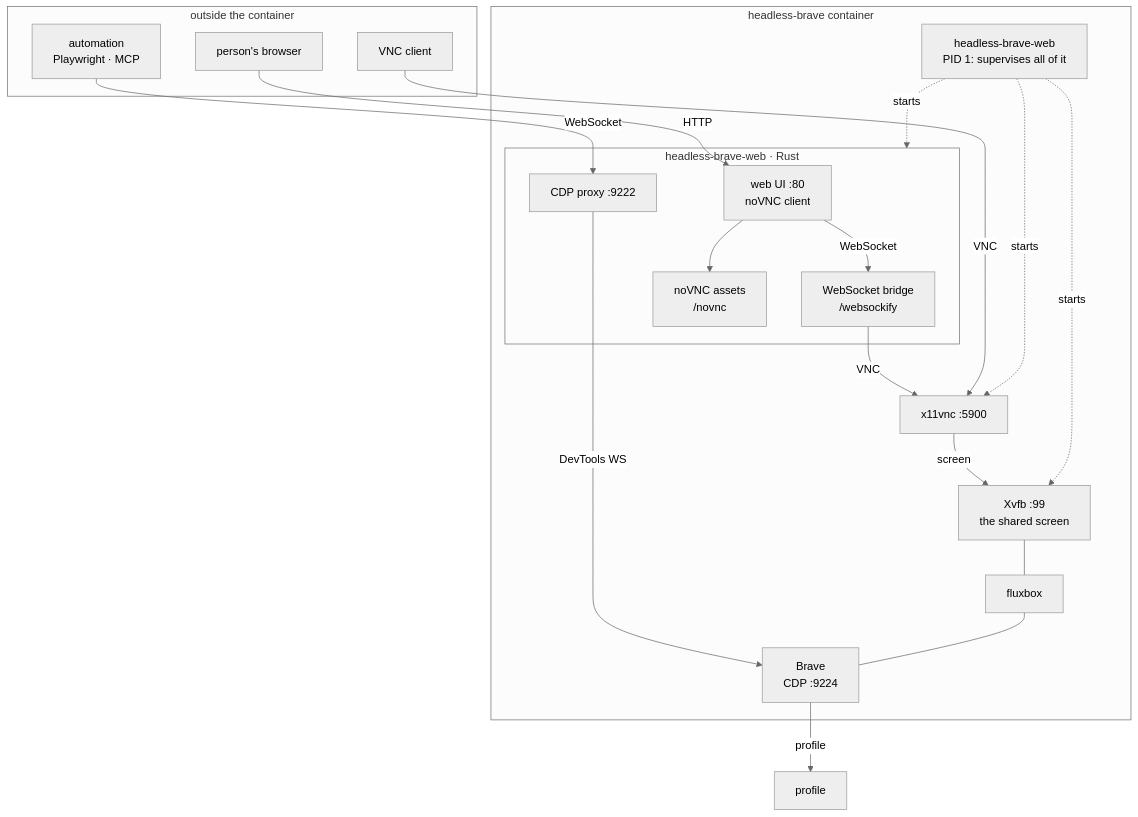
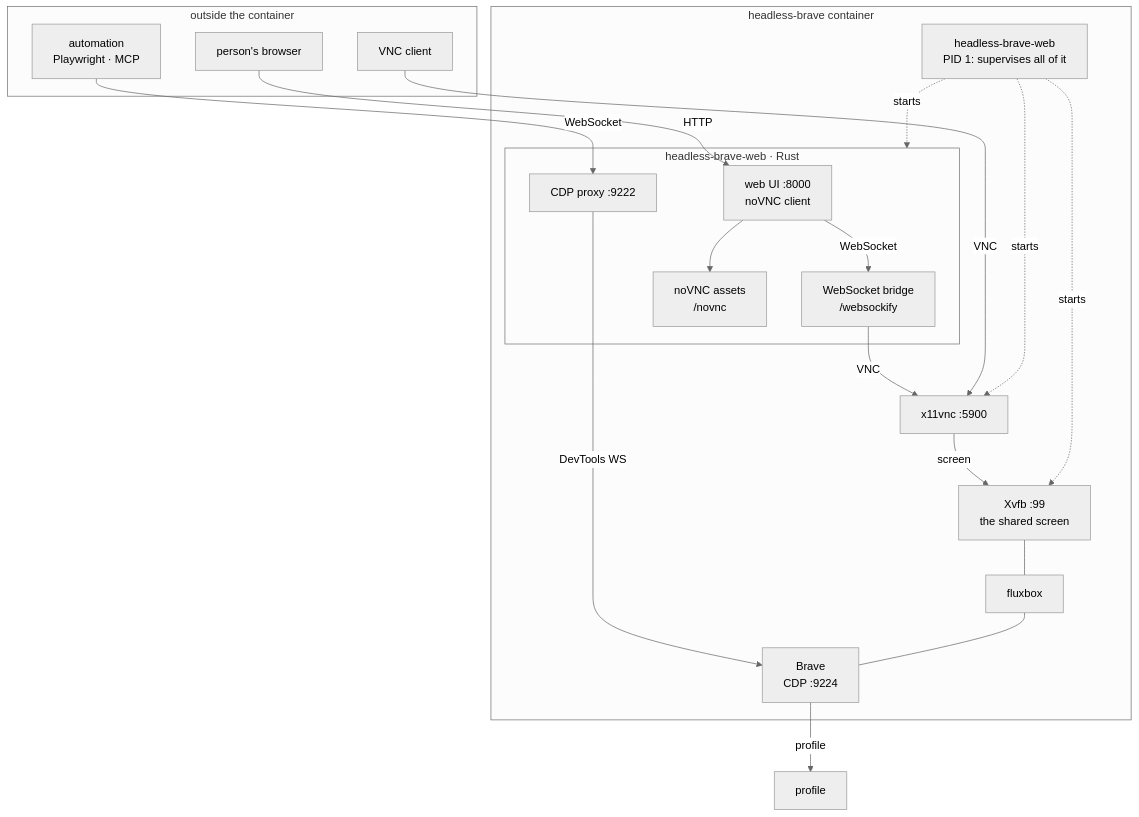
The diagram in README.md (Delnegend/headless-brave), drawn with Mermaid (neutral theme) before and after one commit. The commit also changed other lines of this file and 2 other files, not shown here.

````diff
--- a/README.md
+++ b/README.md
@@ -204,37 +266,37 @@
 ```mermaid
 flowchart TB
     subgraph outside["outside the container"]
         person["person's browser"]
         vncclient["VNC client"]
         agent["automation<br/>Playwright · MCP"]
     end
 
     subgraph container["headless-brave container"]
         entry["headless-brave-web<br/>PID 1: supervises all of it"]
         subgraph service["headless-brave-web · Rust"]
-            webui["web UI :80<br/>noVNC client"]
+            webui["web UI :8000<br/>noVNC client"]
             sockify["WebSocket bridge<br/>/websockify"]
             cdpproxy["CDP proxy :9222"]
             novnc["noVNC assets<br/>/novnc"]
         end
         xvfb["Xvfb :99<br/>the shared screen"]
         wm["fluxbox"]
         brave["Brave<br/>CDP :9224"]
         vnc["x11vnc :5900"]
     end
 
     person -- "HTTP" --> webui
     webui --> novnc
     webui -- "WebSocket" --> sockify
     sockify -- "VNC" --> vnc
     vncclient -- "VNC" --> vnc
     agent -- "WebSocket" --> cdpproxy
     cdpproxy -- "DevTools WS" --> brave
     brave -- "profile" --> profile
     vnc -- "screen" --> xvfb
     xvfb --- wm
     wm --- brave
     entry -. "starts" .-> xvfb
     entry -. "starts" .-> vnc
     entry -. "starts" .-> service
 ```
````
